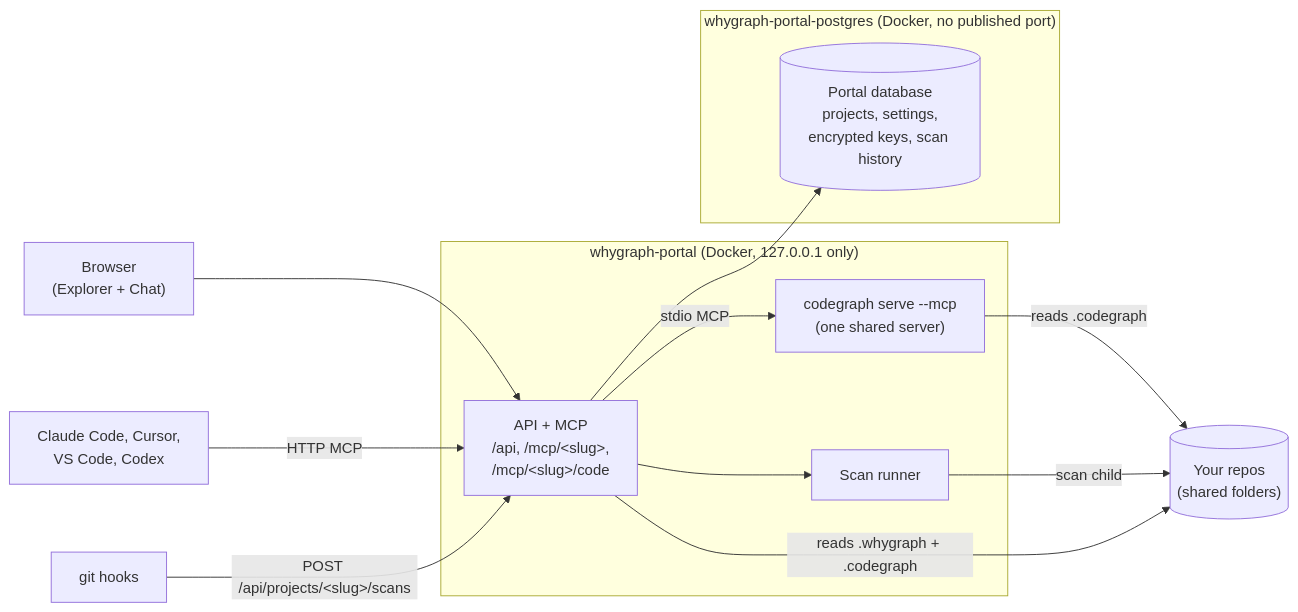
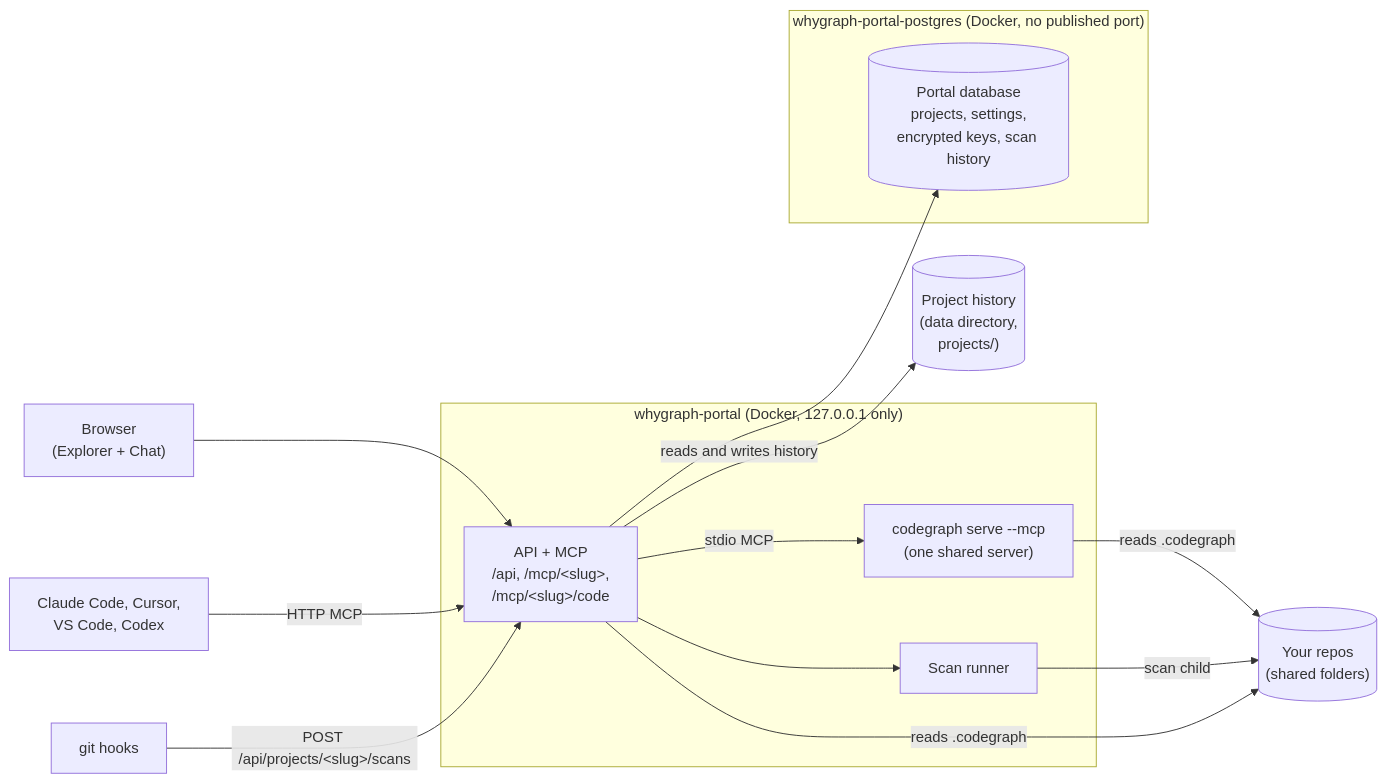
One commit to mtrdesign/whygraph changed the diagram in docs/portal/index.md. Above: the diagram before and after it, drawn with Mermaid. The commit also changed other lines of this file and 62 other files, not shown here.

First line of the commit message:
Keep project history in the portal's data directory (#70)

````diff
--- a/docs/portal/index.md
+++ b/docs/portal/index.md
@@ -12,24 +12,26 @@
 ```mermaid
 flowchart LR
     browser["Browser<br/>(Explorer + Chat)"]
     agents["Claude Code, Cursor,<br/>VS Code, Codex"]
     subgraph portal["whygraph-portal (Docker, 127.0.0.1 only)"]
         api["API + MCP<br/>/api, /mcp/&lt;slug&gt;,<br/>/mcp/&lt;slug&gt;/code"]
         runner["Scan runner"]
         cg["codegraph serve --mcp<br/>(one shared server)"]
     end
     subgraph pg["whygraph-portal-postgres (Docker, no published port)"]
         db[("Portal database<br/>projects, settings,<br/>encrypted keys, scan history")]
     end
     repos[("Your repos<br/>(shared folders)")]
+    hist[("Project history<br/>(data directory,<br/>projects/)")]
 
     browser --> api
     agents -- "HTTP MCP" --> api
     api --> db
     api --> runner
     api -- "stdio MCP" --> cg
     cg -- "reads .codegraph" --> repos
     runner -- "scan child" --> repos
-    api -- "reads .whygraph + .codegraph" --> repos
+    api -- "reads .codegraph" --> repos
+    api -- "reads and writes history" --> hist
     hooks["git hooks"] -- "POST /api/projects/&lt;slug&gt;/scans" --> api
 ```
````
